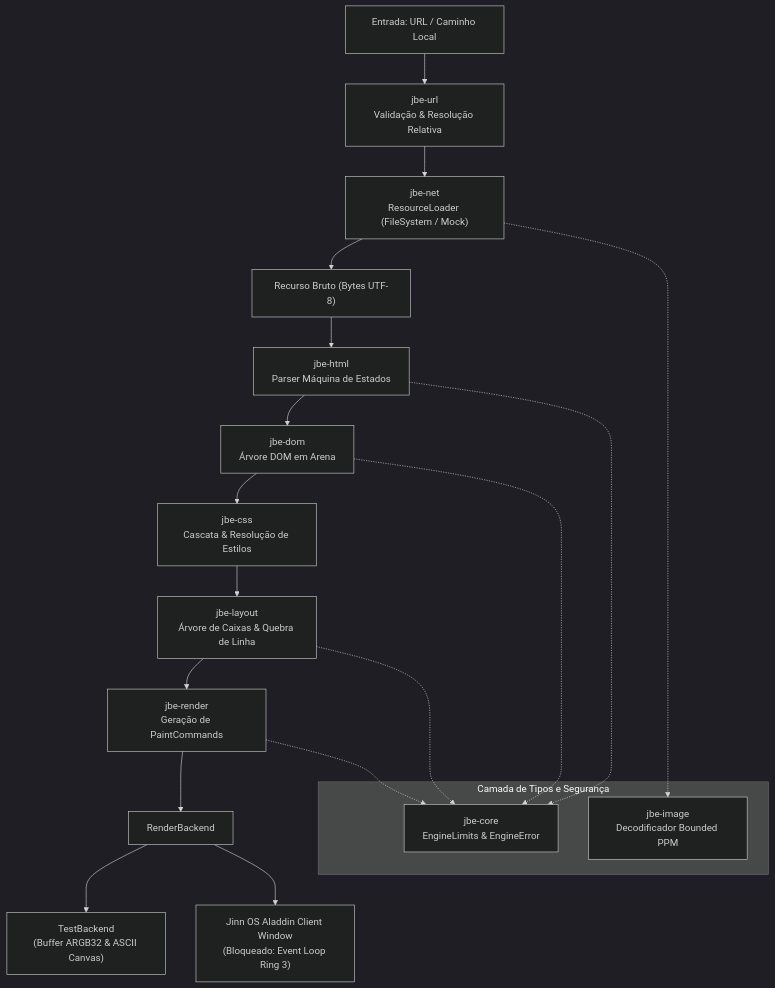
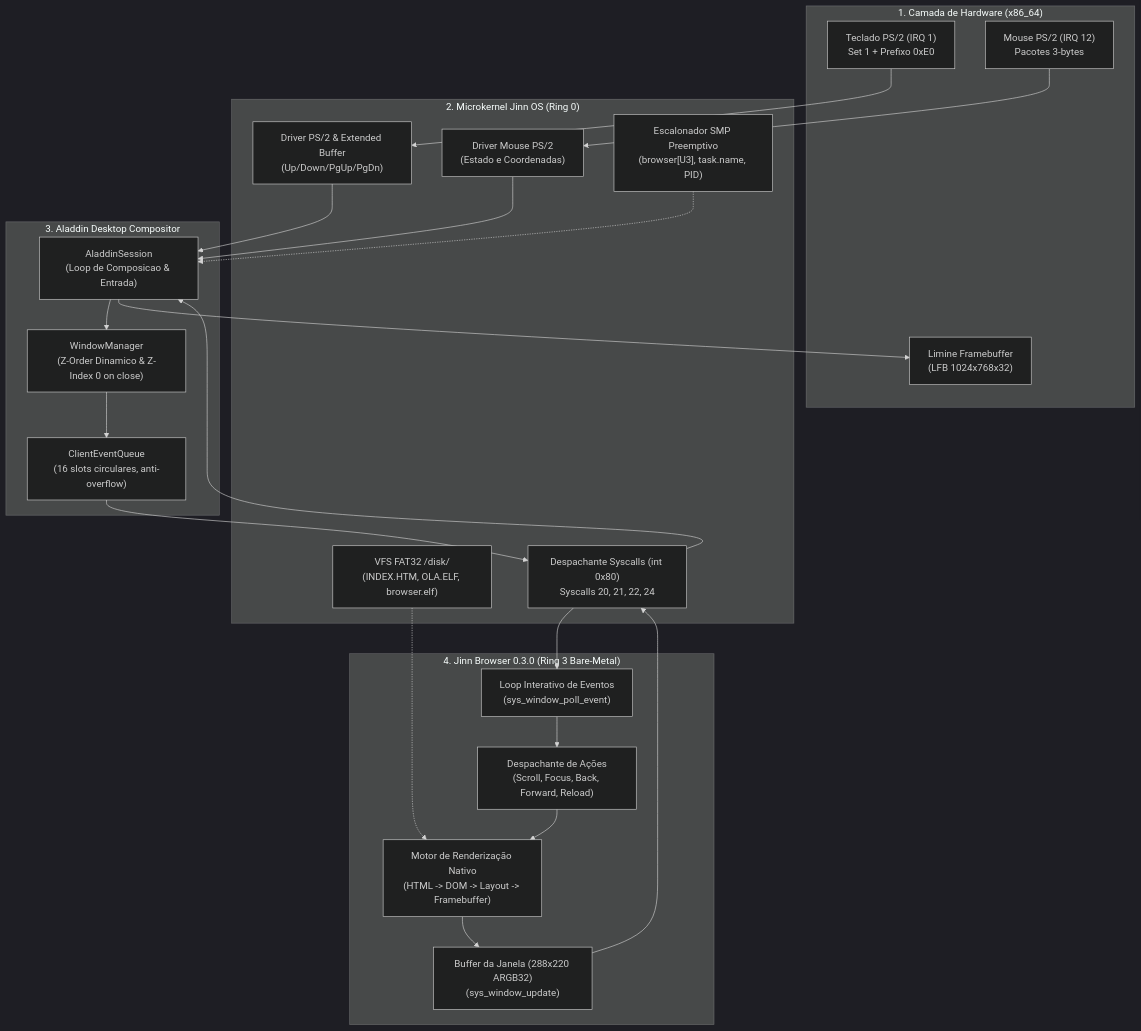
One commit to GeovaneEstanislau/Jinn_Project changed the diagram in docs/JINN_BROWSER_ARCHITECTURE.md. Above: the diagram before and after it, drawn with Mermaid (dark theme). The commit also changed other lines of this file and 11 other files, not shown here.

Commit message:
feat(browser): promote Jinn Browser to v0.3.0, enable interactive hardware input and prevent scheduler deadlocks

````diff
--- a/docs/JINN_BROWSER_ARCHITECTURE.md
+++ b/docs/JINN_BROWSER_ARCHITECTURE.md
@@ -24,25 +18,46 @@
 ```mermaid
-graph TD
-    A["Entrada: URL / Caminho Local"] --> B["jbe-url<br/>Validação & Resolução Relativa"]
-    B --> C["jbe-net<br/>ResourceLoader (FileSystem / Mock)"]
-    C --> D["Recurso Bruto (Bytes UTF-8)"]
-    D --> E["jbe-html<br/>Parser Máquina de Estados"]
-    E --> F["jbe-dom<br/>Árvore DOM em Arena"]
-    F --> G["jbe-css<br/>Cascata & Resolução de Estilos"]
-    G --> H["jbe-layout<br/>Árvore de Caixas & Quebra de Linha"]
-    H --> I["jbe-render<br/>Geração de PaintCommands"]
-    I --> J["RenderBackend"]
-    J --> K["TestBackend<br/>(Buffer ARGB32 & ASCII Canvas)"]
-    J --> L["Jinn OS Aladdin Client Window<br/>(Bloqueado: Event Loop Ring 3)"]
-
-    subgraph "Camada de Tipos e Segurança"
-        M["jbe-core<br/>EngineLimits & EngineError"]
-        N["jbe-image<br/>Decodificador Bounded PPM"]
+flowchart TD
+    subgraph Hardware ["1. Camada de Hardware (x86_64)"]
+        KBD["Teclado PS/2 (IRQ 1)<br/>Set 1 + Prefixo 0xE0"]
+        MOUSE["Mouse PS/2 (IRQ 12)<br/>Pacotes 3-bytes"]
+        GPU["Limine Framebuffer<br/>(LFB 1024x768x32)"]
     end
 
-    F -.-> M
-    E -.-> M
-    H -.-> M
-    I -.-> M
-    C -.-> N
+    subgraph Kernel ["2. Microkernel Jinn OS (Ring 0)"]
+        KBD_DRV["Driver PS/2 & Extended Buffer<br/>(Up/Down/PgUp/PgDn)"]
+        MOUSE_DRV["Driver Mouse PS/2<br/>(Estado e Coordenadas)"]
+        SCHED["Escalonador SMP Preemptivo<br/>(browser[U3], task.name, PID)"]
+        VFS["VFS FAT32 /disk/<br/>(INDEX.HTM, OLA.ELF, browser.elf)"]
+        SC_DISPATCH["Despachante Syscalls (int 0x80)<br/>Syscalls 20, 21, 22, 24"]
+    end
+
+    subgraph Aladdin ["3. Aladdin Desktop Compositor"]
+        SESS["AladdinSession<br/>(Loop de Composicao & Entrada)"]
+        WM["WindowManager<br/>(Z-Order Dinamico & Z-Index 0 on close)"]
+        CEQ["ClientEventQueue<br/>(16 slots circulares, anti-overflow)"]
+    end
+
+    subgraph BrowserRing3 ["4. Jinn Browser 0.3.0 (Ring 3 Bare-Metal)"]
+        EVENT_LOOP["Loop Interativo de Eventos<br/>(sys_window_poll_event)"]
+        UI_DISPATCH["Despachante de Ações<br/>(Scroll, Focus, Back, Forward, Reload)"]
+        RENDER_ENGINE["Motor de Renderização Nativo<br/>(HTML -> DOM -> Layout -> Framebuffer)"]
+        WIN_BUF["Buffer da Janela (288x220 ARGB32)<br/>(sys_window_update)"]
+    end
+
+    KBD --> KBD_DRV
+    MOUSE --> MOUSE_DRV
+    KBD_DRV --> SESS
+    MOUSE_DRV --> SESS
+    SESS --> WM
+    WM --> CEQ
+    CEQ --> SC_DISPATCH
+    SC_DISPATCH --> EVENT_LOOP
+    EVENT_LOOP --> UI_DISPATCH
+    UI_DISPATCH --> RENDER_ENGINE
+    RENDER_ENGINE --> WIN_BUF
+    WIN_BUF --> SC_DISPATCH
+    SC_DISPATCH --> SESS
+    SESS --> GPU
+    SCHED -.-> SESS
+    VFS -.-> RENDER_ENGINE
 ```
````
